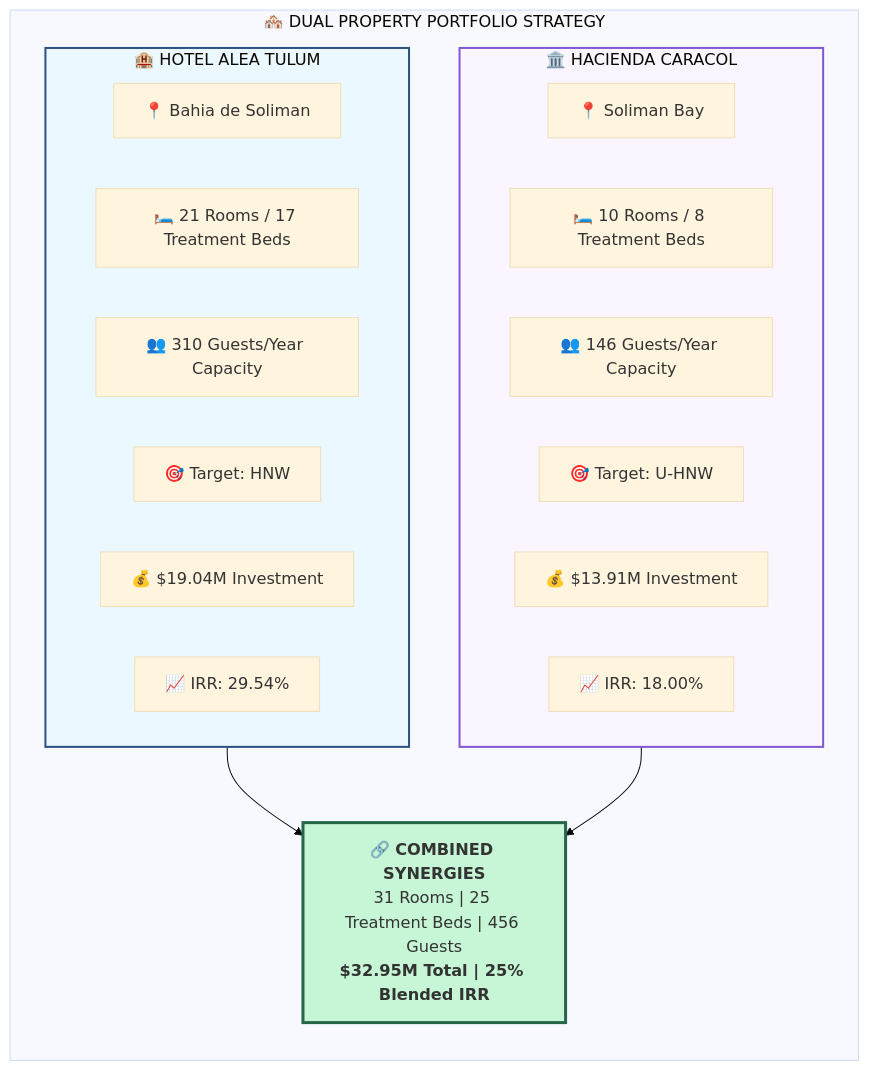
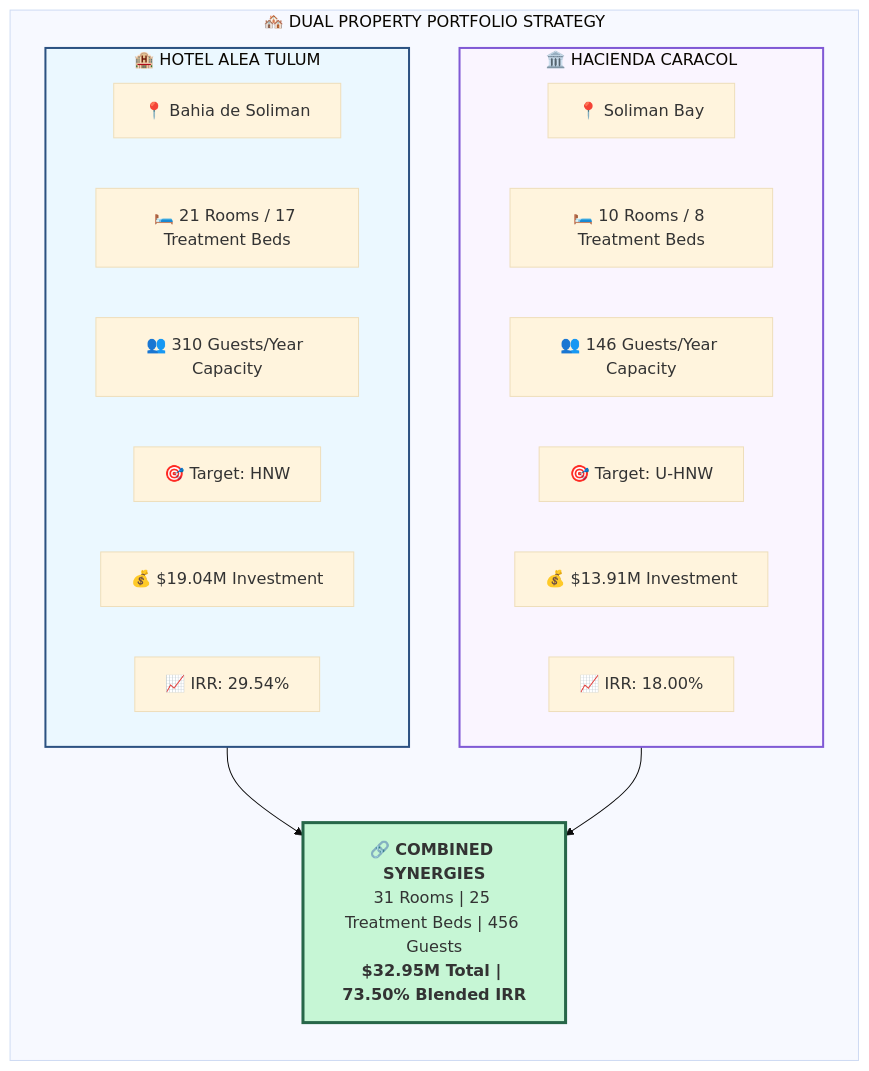
One commit to Light-Brands/epic-center changed the seventh of 41 diagrams in docs/pitch-packet/AI_VALUATION_REPORT_VISUAL.md. Above: the diagram before and after it, drawn with Mermaid. The commit also changed other lines of this file and 54 other files, not shown here.

````diff
--- a/docs/pitch-packet/AI_VALUATION_REPORT_VISUAL.md
+++ b/docs/pitch-packet/AI_VALUATION_REPORT_VISUAL.md
@@ -280,34 +280,34 @@
 ```mermaid
 %%{init: {'theme': 'base'}}%%
 flowchart TB
     subgraph PORTFOLIO["🏘️ DUAL PROPERTY PORTFOLIO STRATEGY"]
         direction TB
 
         subgraph ALEA["🏨 HOTEL ALEA TULUM"]
             A1["📍 Bahia de Soliman"]
             A2["🛏️ 21 Rooms / 17 Treatment Beds"]
             A3["👥 310 Guests/Year Capacity"]
             A4["🎯 Target: HNW"]
             A5["💰 $19.04M Investment"]
             A6["📈 IRR: 29.54%"]
         end
 
         subgraph CARACOL["🏛️ HACIENDA CARACOL"]
             C1["📍 Soliman Bay"]
             C2["🛏️ 10 Rooms / 8 Treatment Beds"]
             C3["👥 146 Guests/Year Capacity"]
             C4["🎯 Target: U-HNW"]
             C5["💰 $13.91M Investment"]
             C6["📈 IRR: 18.00%"]
         end
 
         ALEA --> SYNERGY
         CARACOL --> SYNERGY
 
-        SYNERGY["🔗 <b>COMBINED SYNERGIES</b><br/>31 Rooms | 25 Treatment Beds | 456 Guests<br/><b>$32.95M Total | 25% Blended IRR</b>"]
+        SYNERGY["🔗 <b>COMBINED SYNERGIES</b><br/>31 Rooms | 25 Treatment Beds | 456 Guests<br/><b>$32.95M Total | 73.50% Blended IRR</b>"]
     end
 
     style ALEA fill:#ebf8ff,stroke:#2c5282,stroke-width:2px
     style CARACOL fill:#faf5ff,stroke:#805ad5,stroke-width:2px
     style SYNERGY fill:#c6f6d5,stroke:#276749,stroke-width:3px
 ```
````
